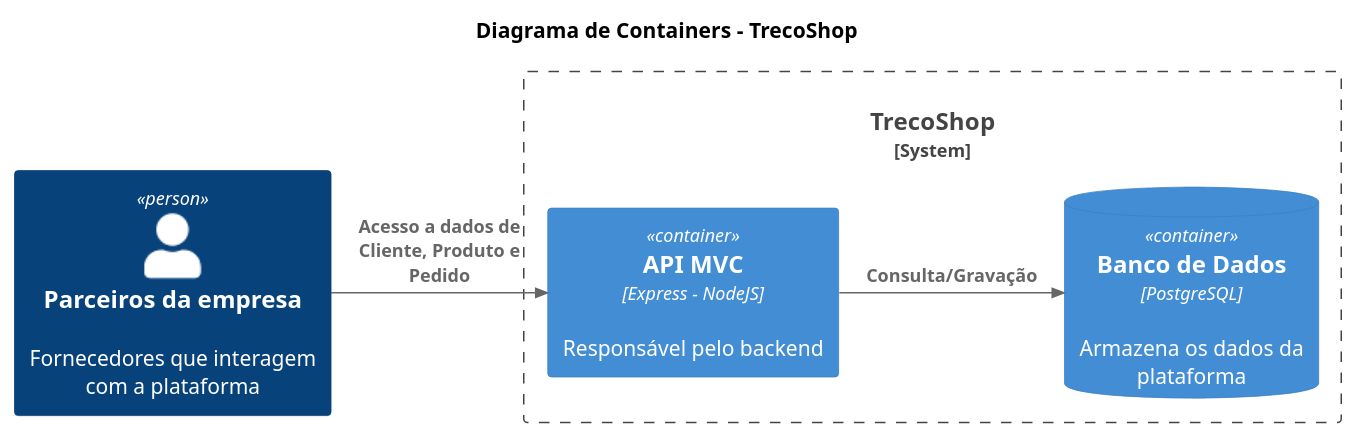
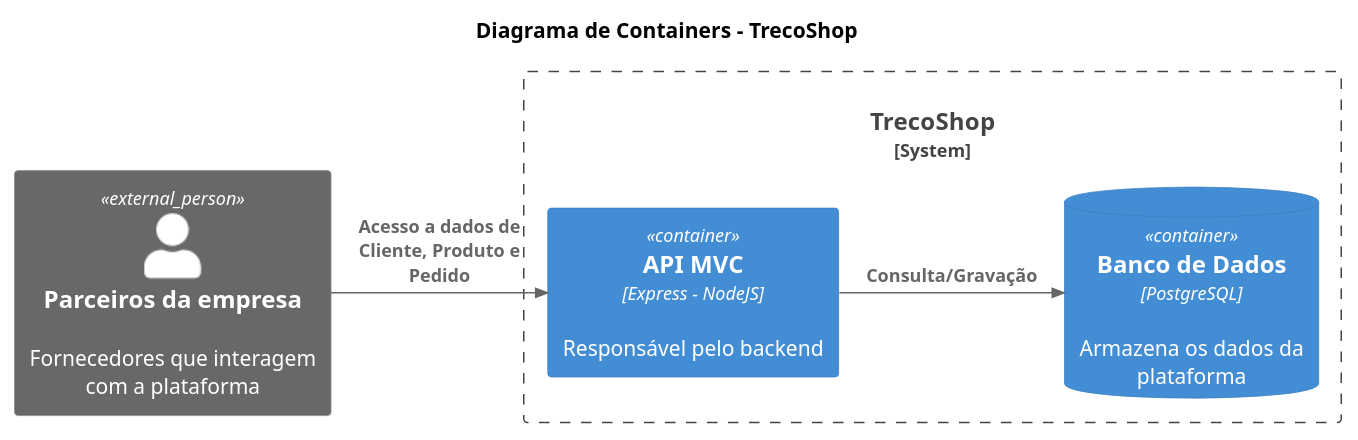
One commit to Scobin049/posxp-desafio-final-01 changed the diagram in docs/c4-diagram/container-diagram.puml. Above: the diagram before and after it, drawn with PlantUML. The commit also changed 2 other files, not shown here.

```diff
--- a/docs/c4-diagram/container-diagram.puml
+++ b/docs/c4-diagram/container-diagram.puml
@@ -1,17 +1,17 @@
 @startuml C4_Container
 !include <C4/C4_Container>
 
 title Diagrama de Containers - TrecoShop
 
 
-Person(Partners, "Parceiros da empresa", "Fornecedores que interagem com a plataforma")
+Person_Ext(Partners, "Parceiros da empresa", "Fornecedores que interagem com a plataforma")
 
 System_Boundary(TrecoShop, "TrecoShop") {
   Container(API, "API MVC", "Express - NodeJS", "Responsável pelo backend")
   ContainerDb(DB, "Banco de Dados", "PostgreSQL", "Armazena os dados da plataforma")
 }
 
 Rel_R(Partners, API, "Acesso a dados de Cliente, Produto e Pedido")
 Rel_R(API, DB, "Consulta/Gravação")
 
 @enduml
```
